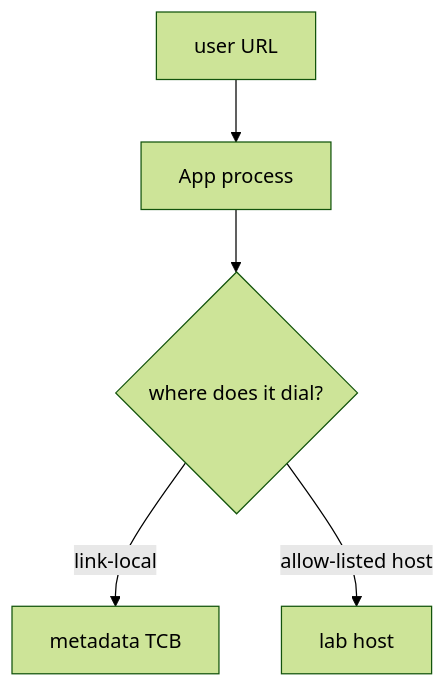
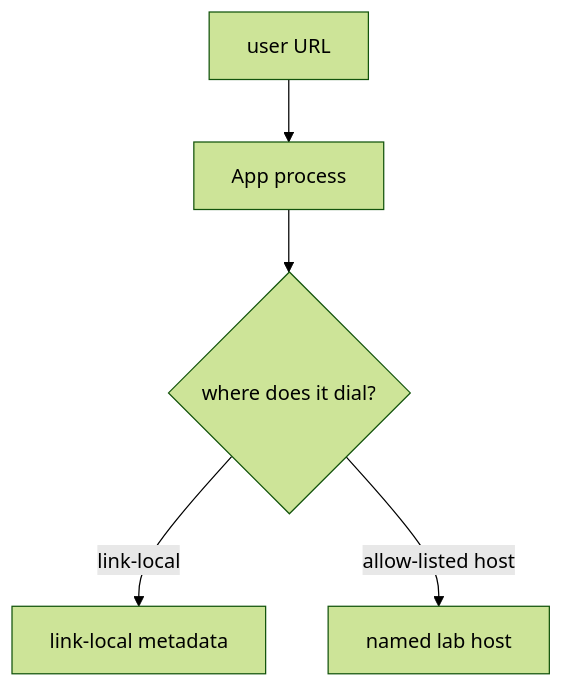
The first of 2 diagrams in content/modules/6/6.5/lessons/01-property.md (ishitvagoel/LearnSecurity), drawn with Mermaid (forest theme) before and after one commit. The commit also changed other lines of this file and 55 other files, not shown here.

````diff
--- a/content/modules/6/6.5/lessons/01-property.md
+++ b/content/modules/6/6.5/lessons/01-property.md
@@ -19,7 +18,7 @@
 ```mermaid
 flowchart TD
   User[user URL] --> App[App process]
   App --> Net{where does it dial?}
-  Net -->|link-local| Meta[metadata TCB]
-  Net -->|allow-listed host| Ok[lab host]
+  Net -->|link-local| Meta[link-local metadata]
+  Net -->|allow-listed host| Ok[named lab host]
 ```
````
